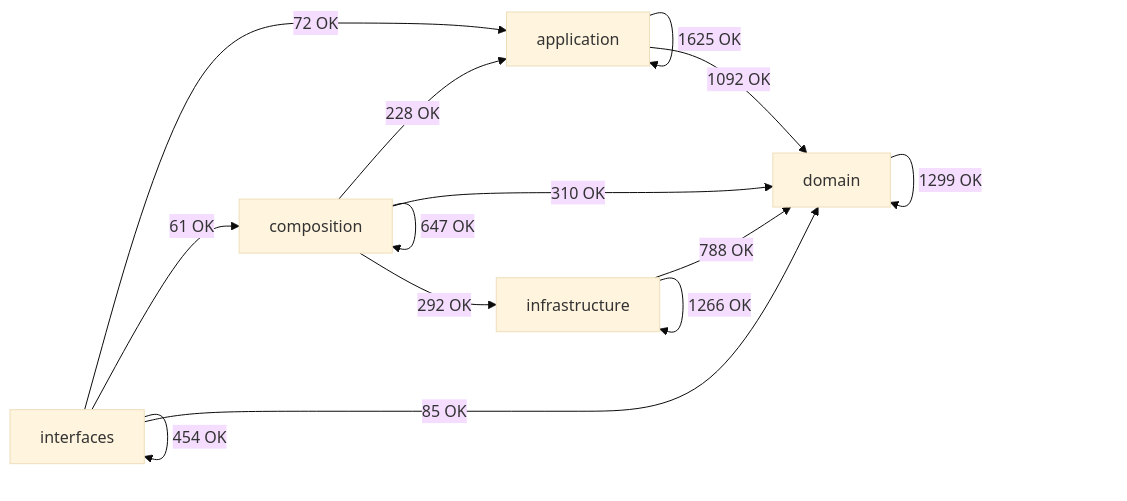
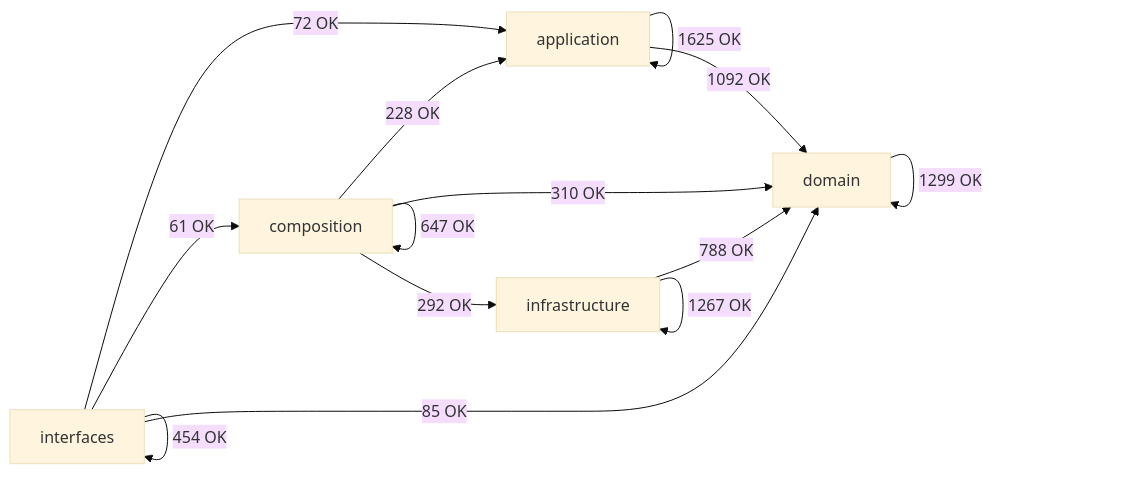
One commit to SatoryKono/BioactivityDataAcquisition changed the diagram in docs/02-architecture/generated/module-dependency-map.md. Above: the diagram before and after it, drawn with Mermaid (base theme). The commit also changed other lines of this file and 21 other files, not shown here.

````diff
--- a/docs/02-architecture/generated/module-dependency-map.md
+++ b/docs/02-architecture/generated/module-dependency-map.md
@@ -17,21 +17,21 @@
 ```mermaid
 flowchart LR
     domain[domain]
     application[application]
     infrastructure[infrastructure]
     composition[composition]
     interfaces[interfaces]
     application -->|1625 OK| application
     application -->|1092 OK| domain
     composition -->|228 OK| application
     composition -->|647 OK| composition
     composition -->|310 OK| domain
     composition -->|292 OK| infrastructure
     domain -->|1299 OK| domain
     infrastructure -->|788 OK| domain
-    infrastructure -->|1266 OK| infrastructure
+    infrastructure -->|1267 OK| infrastructure
     interfaces -->|72 OK| application
     interfaces -->|61 OK| composition
     interfaces -->|85 OK| domain
     interfaces -->|454 OK| interfaces
 ```
````
